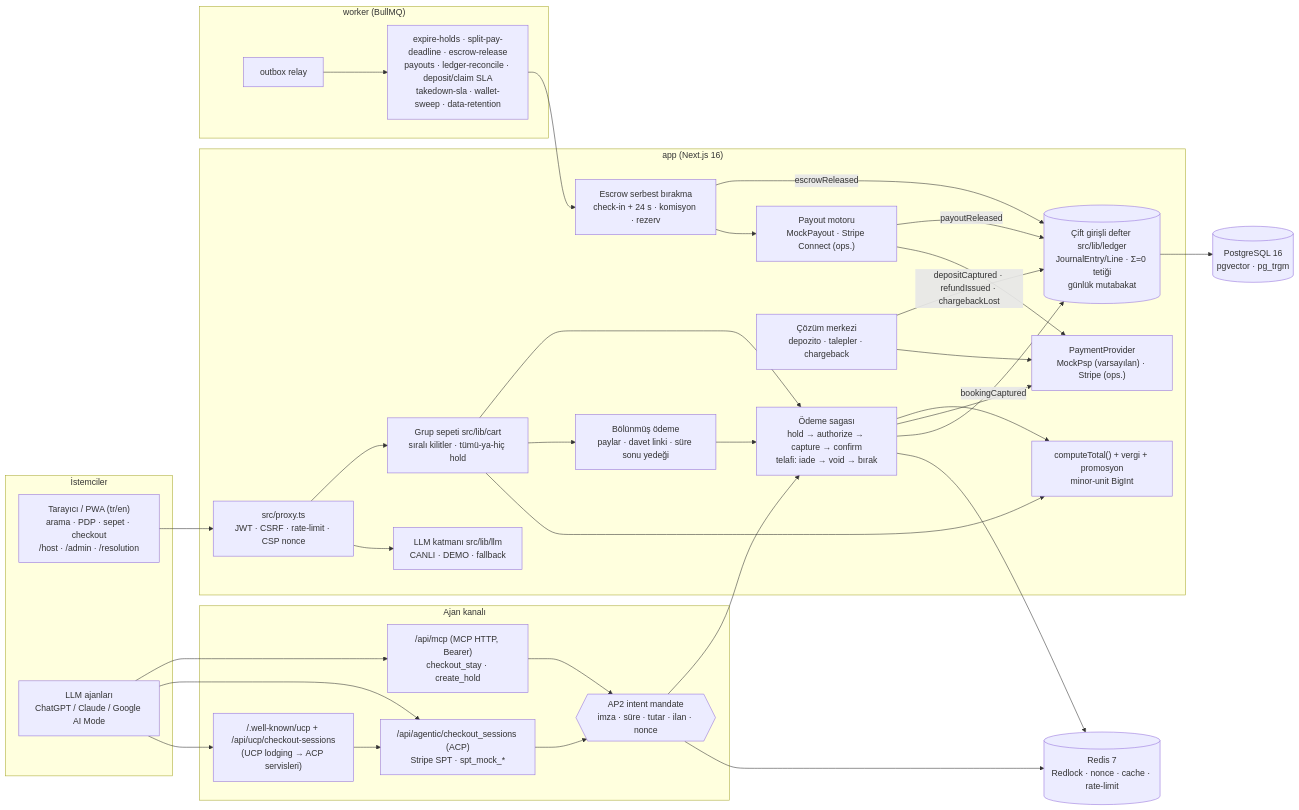
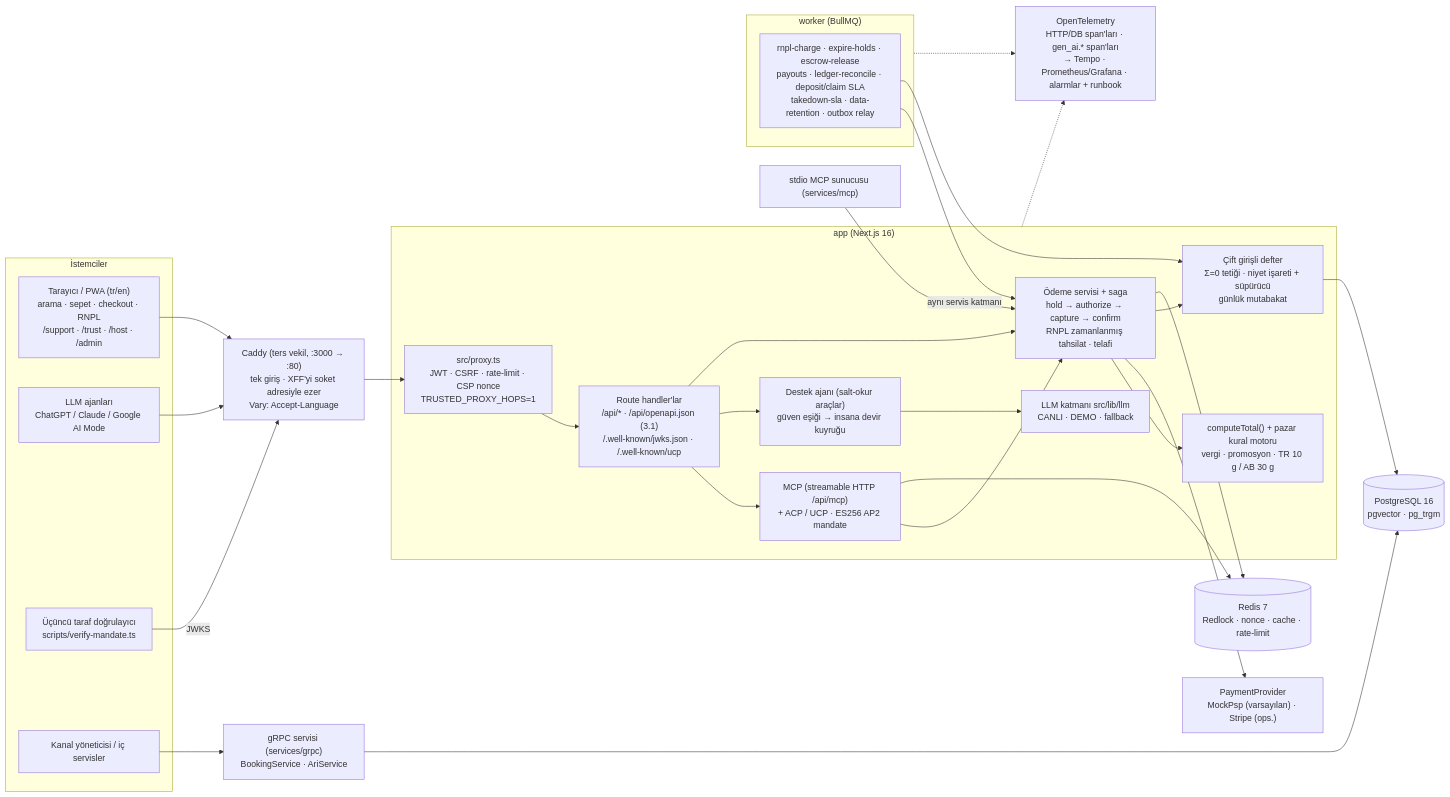
The diagram in README.md (tunadeniz1304/booking-platform), drawn with Mermaid before and after one commit. The commit also changed other lines of this file, not shown here.

Commit message:
docs(readme): describe v5 value, architecture and honest limits

````diff
--- a/README.md
+++ b/README.md
@@ -96,54 +107,51 @@
 ```mermaid
 flowchart LR
   subgraph Clients["İstemciler"]
-    UI["Tarayıcı / PWA (tr/en)<br/>arama · PDP · sepet · checkout<br/>/host · /admin · /resolution"]
+    UI["Tarayıcı / PWA (tr/en)<br/>arama · sepet · checkout · RNPL<br/>/support · /trust · /host · /admin"]
     AG["LLM ajanları<br/>ChatGPT / Claude / Google AI Mode"]
+    V3["Üçüncü taraf doğrulayıcı<br/>scripts/verify-mandate.ts"]
+    EXT["Kanal yöneticisi / iç servisler"]
   end
 
-  subgraph Agent["Ajan kanalı"]
-    MCPH["/api/mcp (MCP HTTP, Bearer)<br/>checkout_stay · create_hold"]
-    ACP["/api/agentic/checkout_sessions (ACP)<br/>Stripe SPT · spt_mock_*"]
-    UCP["/.well-known/ucp + /api/ucp/checkout-sessions<br/>(UCP lodging → ACP servisleri)"]
-    MAN{{"AP2 intent mandate<br/>imza · süre · tutar · ilan · nonce"}}
-  end
+  CADDY["Caddy (ters vekil, :3000 → :80)<br/>tek giriş · XFF'yi soket adresiyle ezer<br/>Vary: Accept-Language"]
 
   subgraph Core["app (Next.js 16)"]
-    PX["src/proxy.ts<br/>JWT · CSRF · rate-limit · CSP nonce"]
-    CART["Grup sepeti src/lib/cart<br/>sıralı kilitler · tümü-ya-hiç hold"]
-    SPLIT["Bölünmüş ödeme<br/>paylar · davet linki · süre sonu yedeği"]
-    QT["computeTotal() + vergi + promosyon<br/>minor-unit BigInt"]
-    SAGA["Ödeme sagası<br/>hold → authorize → capture → confirm<br/>telafi: iade → void → bırak"]
-    LEDGER[("Çift girişli defter src/lib/ledger<br/>JournalEntry/Line · Σ=0 tetiği<br/>günlük mutabakat")]
-    ESC["Escrow serbest bırakma<br/>check-in + 24 s · komisyon · rezerv"]
-    PAY["Payout motoru<br/>MockPayout · Stripe Connect (ops.)"]
-    RES["Çözüm merkezi<br/>depozito · talepler · chargeback"]
-    PSP["PaymentProvider<br/>MockPsp (varsayılan) · Stripe (ops.)"]
+    PX["src/proxy.ts<br/>JWT · CSRF · rate-limit · CSP nonce<br/>TRUSTED_PROXY_HOPS=1"]
+    API["Route handler'lar<br/>/api/* · /api/openapi.json (3.1)<br/>/.well-known/jwks.json · /.well-known/ucp"]
+    MCPH["MCP (streamable HTTP /api/mcp)<br/>+ ACP / UCP · ES256 AP2 mandate"]
+    QT["computeTotal() + pazar kural motoru<br/>vergi · promosyon · TR 10 g / AB 30 g"]
+    SAGA["Ödeme servisi + saga<br/>hold → authorize → capture → confirm<br/>RNPL zamanlanmış tahsilat · telafi"]
+    LEDGER["Çift girişli defter<br/>Σ=0 tetiği · niyet işareti + süpürücü<br/>günlük mutabakat"]
+    SUP["Destek ajanı (salt-okur araçlar)<br/>güven eşiği → insana devir kuyruğu"]
     LLM["LLM katmanı src/lib/llm<br/>CANLI · DEMO · fallback"]
   end
 
   subgraph Worker["worker (BullMQ)"]
-    WJ["expire-holds · split-pay-deadline · escrow-release<br/>payouts · ledger-reconcile · deposit/claim SLA<br/>takedown-sla · wallet-sweep · data-retention"]
-    WO["outbox relay"]
+    WJ["rnpl-charge · expire-holds · escrow-release<br/>payouts · ledger-reconcile · deposit/claim SLA<br/>takedown-sla · data-retention · outbox relay"]
   end
 
+  GRPC["gRPC servisi (services/grpc)<br/>BookingService · AriService"]
+  MCPS["stdio MCP sunucusu (services/mcp)"]
+  PSP["PaymentProvider<br/>MockPsp (varsayılan) · Stripe (ops.)"]
   PG[("PostgreSQL 16<br/>pgvector · pg_trgm")]
   RD[("Redis 7<br/>Redlock · nonce · cache · rate-limit")]
+  OTEL["OpenTelemetry<br/>HTTP/DB span'ları · gen_ai.* span'ları<br/>→ Tempo · Prometheus/Grafana · alarmlar + runbook"]
 
-  UI --> PX --> CART --> SAGA
-  CART --> SPLIT --> SAGA
-  AG --> MCPH & ACP & UCP
-  UCP --> ACP
-  MCPH & ACP --> MAN --> SAGA
-  CART & SAGA --> QT
+  UI --> CADDY
+  AG --> CADDY
+  V3 -- "JWKS" --> CADDY
+  CADDY --> PX --> API
+  API --> MCPH & SUP
+  API & MCPH --> SAGA
+  SAGA --> QT
   SAGA --> PSP
-  SAGA -- "bookingCaptured" --> LEDGER
-  RES -- "depositCaptured · refundIssued · chargebackLost" --> LEDGER
-  RES --> PSP
-  WJ --> ESC -- "escrowReleased" --> LEDGER
-  ESC --> PAY -- "payoutReleased" --> LEDGER
-  PAY --> PSP
+  SAGA --> LEDGER
+  SUP --> LLM
+  WJ --> SAGA & LEDGER
+  EXT --> GRPC --> PG
+  MCPS -- "aynı servis katmanı" --> SAGA
   LEDGER --> PG
-  SAGA & MAN --> RD
-  WO --> WJ
-  PX --> LLM
+  SAGA & MCPH --> RD
+  Core -.-> OTEL
+  Worker -.-> OTEL
 ```
````
